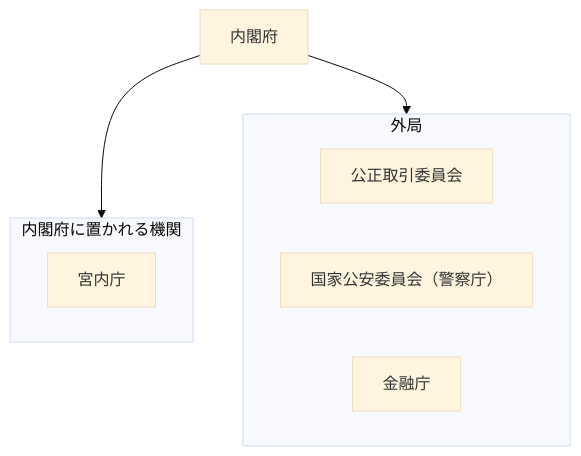
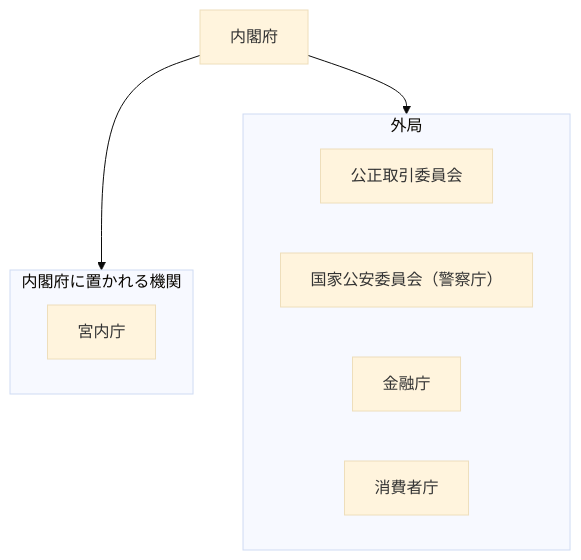
Before and after one commit to tatemaru/jp-admin-org-chart: the diagram in 行政機構/内閣府/README.md, drawn with Mermaid (base theme). The commit also changed 1 other file, not shown here.

Commit message:
feat(消費者庁): 消費者庁を設置
根拠: 消費者庁及び消費者委員会設置法
施行: 2009-09-01
出典: https://laws.e-gov.go.jp/law/421AC0000000048

種別: 設置

````diff
--- a/行政機構/内閣府/README.md
+++ b/行政機構/内閣府/README.md
@@ -5,14 +5,15 @@
 ```mermaid
 flowchart TB
   root["内閣府"]
   subgraph g0["内閣府に置かれる機関"]
     n0_0["宮内庁"]
   end
   root --> g0
   subgraph g1["外局"]
     n1_0["公正取引委員会"]
     n1_1["国家公安委員会（警察庁）"]
     n1_2["金融庁"]
+    n1_3["消費者庁"]
   end
   root --> g1
 ```
````
